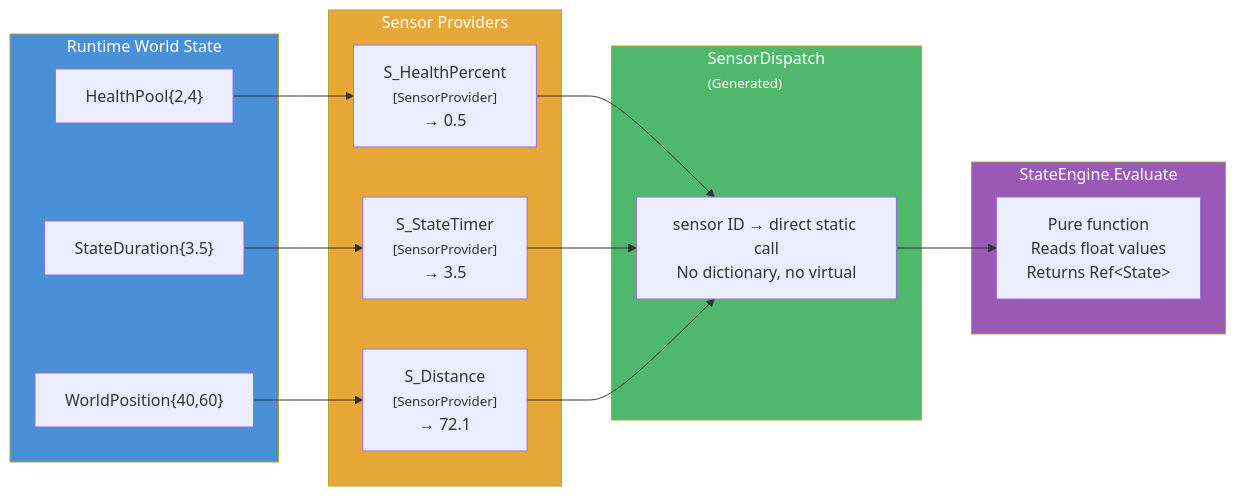
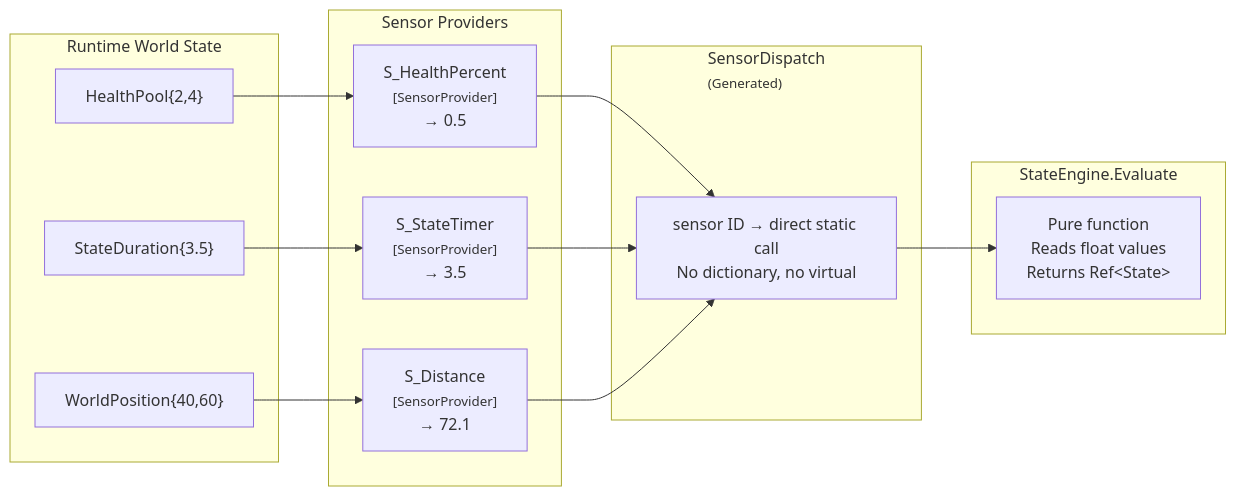
Diagram 17 of 21 in src/content/articles/another-way-to-engineer-a-game.md (fm39hz/fm39hz-blogs), drawn with Mermaid before and after one commit. The commit also changed other lines of this file, not shown here.

````diff
--- a/src/content/articles/another-way-to-engineer-a-game.md
+++ b/src/content/articles/another-way-to-engineer-a-game.md
@@ -714,35 +678,30 @@
 ```mermaid
 flowchart LR
     subgraph World["Runtime World State"]
         HP["HealthPool{2,4}"]
         SD["StateDuration{3.5}"]
         WP["WorldPosition{40,60}"]
     end
 
     subgraph Sensors["Sensor Providers"]
         S1["S_HealthPercent<br/><small>[SensorProvider]</small><br/>→ 0.5"]
         S2["S_StateTimer<br/><small>[SensorProvider]</small><br/>→ 3.5"]
         S3["S_Distance<br/><small>[SensorProvider]</small><br/>→ 72.1"]
     end
 
     subgraph Dispatch["SensorDispatch<br/><small>(Generated)</small>"]
         DT["sensor ID → direct static call<br/>No dictionary, no virtual"]
     end
 
     subgraph Engine["StateEngine.Evaluate"]
         SE["Pure function<br/>Reads float values<br/>Returns Ref&lt;State&gt;"]
     end
 
     HP --> S1
     SD --> S2
     WP --> S3
     S1 --> DT
     S2 --> DT
     S3 --> DT
     DT --> SE
-
-    style World fill:#4a90d9,color:#fff
-    style Sensors fill:#e8a838,color:#fff
-    style Dispatch fill:#50b86c,color:#fff
-    style Engine fill:#9b59b6,color:#fff
 ```
````
